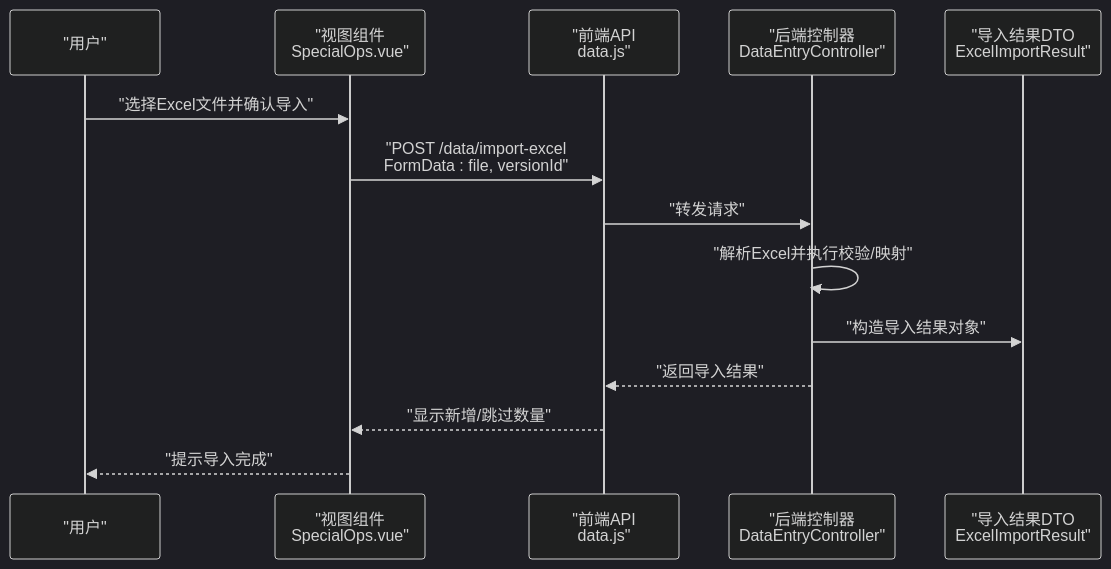
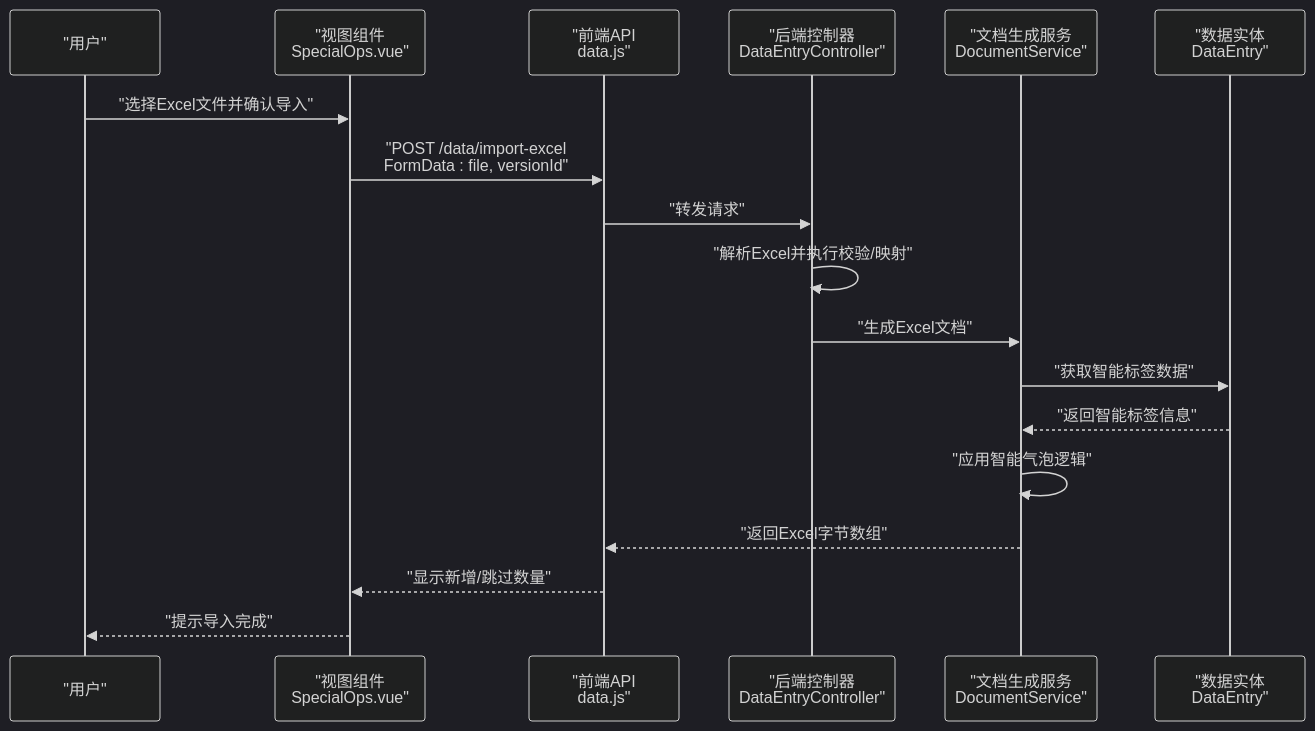
One commit to kinke0/ProductList changed the second of 7 diagrams in .qoder/repowiki/zh/content/API接口文档/数据操作API/数据导入导出.md. Above: the diagram before and after it, drawn with Mermaid (dark theme). The commit also changed other lines of this file and 106 other files, not shown here.

Commit message:
V1.1.0: 修复清单导航树不匹配+统计视图加载遮罩+上下移提示

````diff
--- a/.qoder/repowiki/zh/content/API接口文档/数据操作API/数据导入导出.md
+++ b/.qoder/repowiki/zh/content/API接口文档/数据操作API/数据导入导出.md
@@ -81,16 +114,20 @@
 ```mermaid
 sequenceDiagram
 participant U as "用户"
 participant V as "视图组件<br/>SpecialOps.vue"
 participant A as "前端API<br/>data.js"
 participant C as "后端控制器<br/>DataEntryController"
-participant D as "导入结果DTO<br/>ExcelImportResult"
+participant DS as "文档生成服务<br/>DocumentService"
+participant DE as "数据实体<br/>DataEntry"
 U->>V : "选择Excel文件并确认导入"
 V->>A : "POST /data/import-excel<br/>FormData : file, versionId"
 A->>C : "转发请求"
 C->>C : "解析Excel并执行校验/映射"
-C->>D : "构造导入结果对象"
-C-->>A : "返回导入结果"
+C->>DS : "生成Excel文档"
+DS->>DE : "获取智能标签数据"
+DE-->>DS : "返回智能标签信息"
+DS->>DS : "应用智能气泡逻辑"
+DS-->>A : "返回Excel字节数组"
 A-->>V : "显示新增/跳过数量"
 V-->>U : "提示导入完成"
 ```
````
